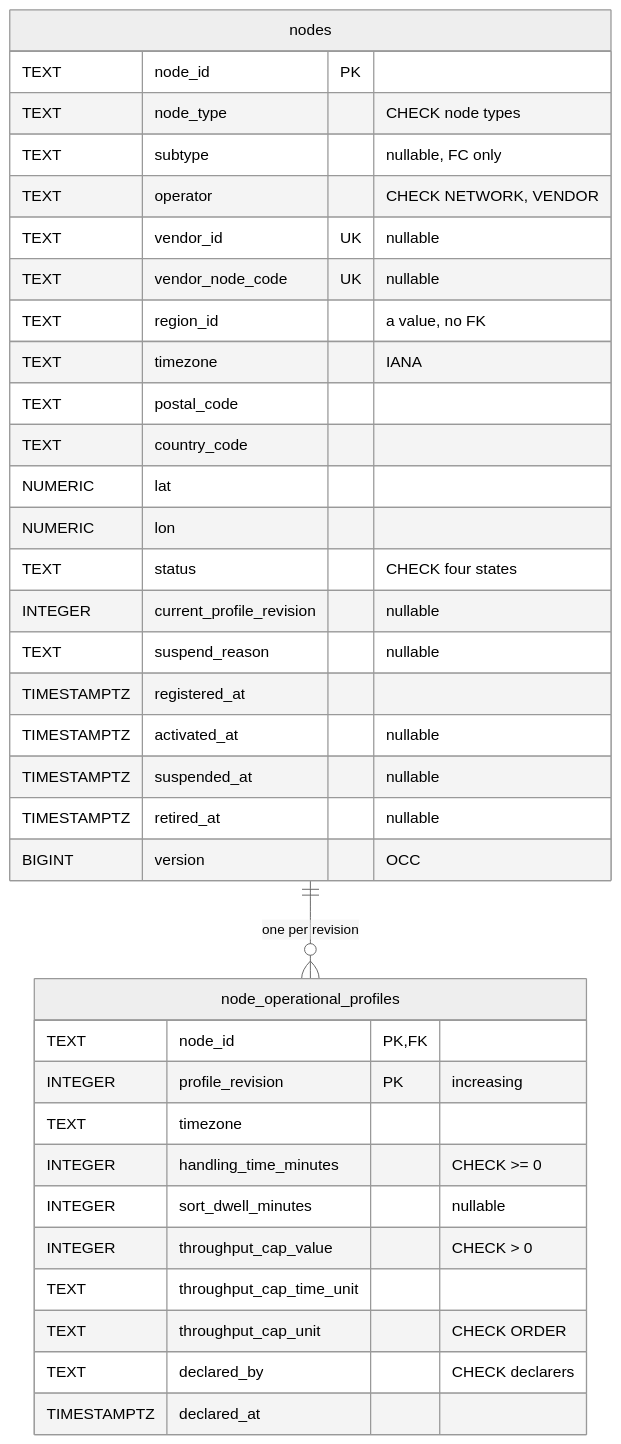
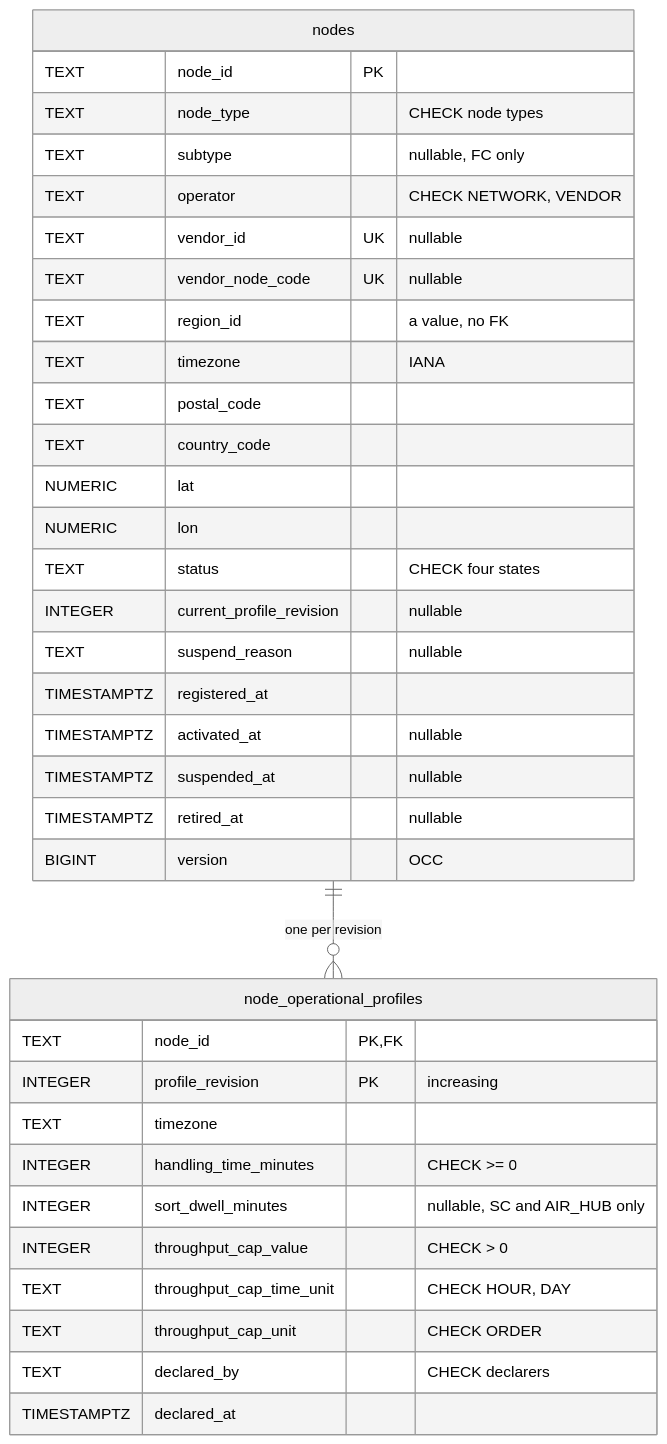
One commit to IQVO/warehouse-docs changed the first of 5 diagrams in docs/contexts/node-topology/entity-relationship.md. Above: the diagram before and after it, drawn with Mermaid (neutral theme). The commit also changed other lines of this file and 16 other files, not shown here.

````diff
--- a/docs/contexts/node-topology/entity-relationship.md
+++ b/docs/contexts/node-topology/entity-relationship.md
@@ -22,38 +22,38 @@
 ```mermaid
 erDiagram
     nodes ||--o{ node_operational_profiles : "one per revision"
     nodes {
         TEXT node_id PK
         TEXT node_type "CHECK node types"
         TEXT subtype "nullable, FC only"
         TEXT operator "CHECK NETWORK, VENDOR"
         TEXT vendor_id UK "nullable"
         TEXT vendor_node_code UK "nullable"
         TEXT region_id "a value, no FK"
         TEXT timezone "IANA"
         TEXT postal_code
         TEXT country_code
         NUMERIC lat
         NUMERIC lon
         TEXT status "CHECK four states"
         INTEGER current_profile_revision "nullable"
         TEXT suspend_reason "nullable"
         TIMESTAMPTZ registered_at
         TIMESTAMPTZ activated_at "nullable"
         TIMESTAMPTZ suspended_at "nullable"
         TIMESTAMPTZ retired_at "nullable"
         BIGINT version "OCC"
     }
     node_operational_profiles {
         TEXT node_id PK,FK
         INTEGER profile_revision PK "increasing"
         TEXT timezone
         INTEGER handling_time_minutes "CHECK >= 0"
-        INTEGER sort_dwell_minutes "nullable"
+        INTEGER sort_dwell_minutes "nullable, SC and AIR_HUB only"
         INTEGER throughput_cap_value "CHECK > 0"
-        TEXT throughput_cap_time_unit
+        TEXT throughput_cap_time_unit "CHECK HOUR, DAY"
         TEXT throughput_cap_unit "CHECK ORDER"
         TEXT declared_by "CHECK declarers"
         TIMESTAMPTZ declared_at
     }
 ```
````
